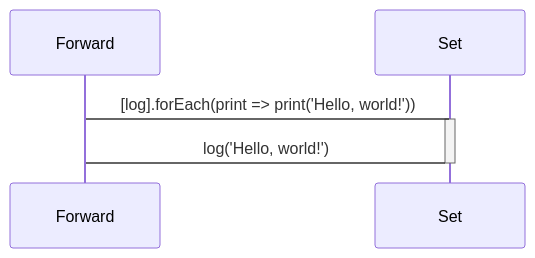
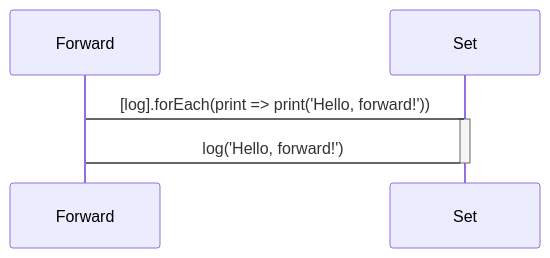
Before and after one commit to domrally/peekeasy: the second of 5 diagrams in README.md, drawn with Mermaid. The commit also changed other lines of this file and 1 other file, not shown here.

````diff
--- a/README.md
+++ b/README.md
@@ -81,7 +78,7 @@
 ```mermaid
 sequenceDiagram
-    Forward->Set: [log].forEach(print => print('Hello, world!'))
+    Forward->Set: [log].forEach(print => print('Hello, forward!'))
     activate Set
-    Set->Forward: log('Hello, world!')
+    Set->Forward: log('Hello, forward!')
     deactivate Set
 ```
````
